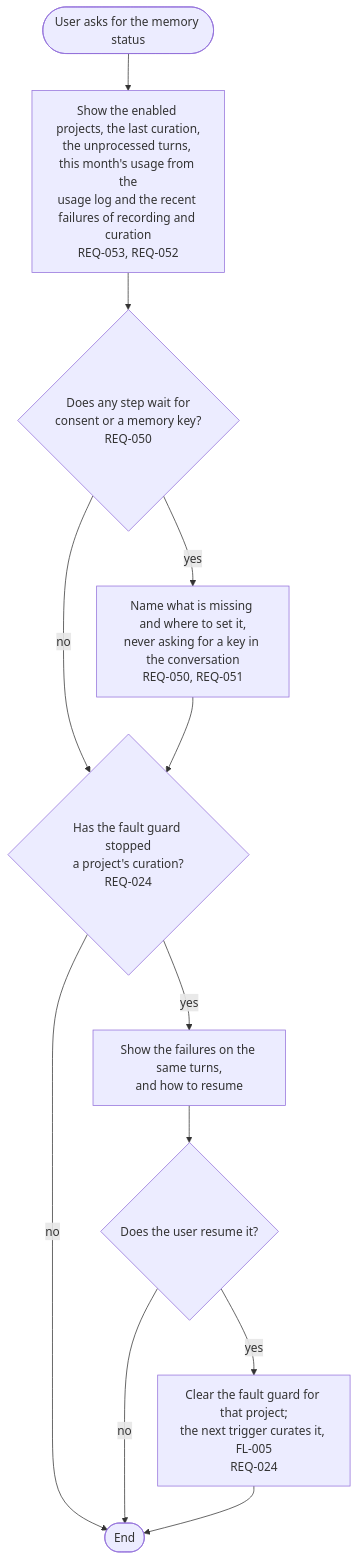
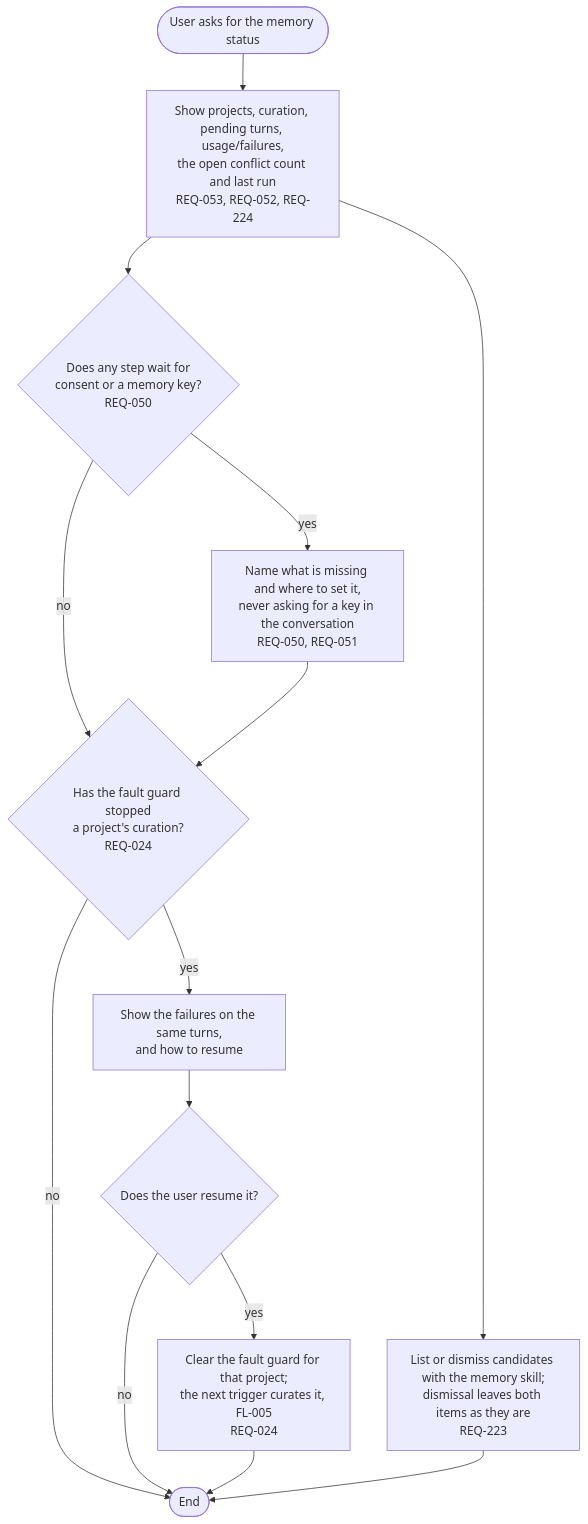
Before and after one commit to kodonghui/corthex: the diagram in docs/03-user-flow/memory/FL-010-check-the-status.md, drawn with Mermaid. The commit also changed other lines of this file and 41 other files, not shown here.

````diff
--- a/docs/03-user-flow/memory/FL-010-check-the-status.md
+++ b/docs/03-user-flow/memory/FL-010-check-the-status.md
@@ -9,14 +9,16 @@
 ```mermaid
 flowchart TD
-  A(["User asks for the memory status"]) --> B["Show the enabled projects, the last curation,<br/>the unprocessed turns, this month's usage from the<br/>usage log and the recent failures of recording and curation<br/>REQ-053, REQ-052"]
+  A(["User asks for the memory status"]) --> B["Show projects, curation, pending turns, usage/failures,<br/>the open conflict count and last run<br/>REQ-053, REQ-052, REQ-224"]
   B --> C{"Does any step wait for<br/>consent or a memory key?<br/>REQ-050"}
   C -->|yes| C1["Name what is missing and where to set it,<br/>never asking for a key in the conversation<br/>REQ-050, REQ-051"]
   C -->|no| D{"Has the fault guard stopped<br/>a project's curation?<br/>REQ-024"}
   C1 --> D
   D -->|no| Z(["End"])
   D -->|yes| E["Show the failures on the same turns,<br/>and how to resume"]
   E --> F{"Does the user resume it?"}
   F -->|no| Z
   F -->|yes| G["Clear the fault guard for that project;<br/>the next trigger curates it, FL-005<br/>REQ-024"]
   G --> Z
+  B --> CF["List or dismiss candidates with the memory skill;<br/>dismissal leaves both items as they are<br/>REQ-223"]
+  CF --> Z
 ```
````
